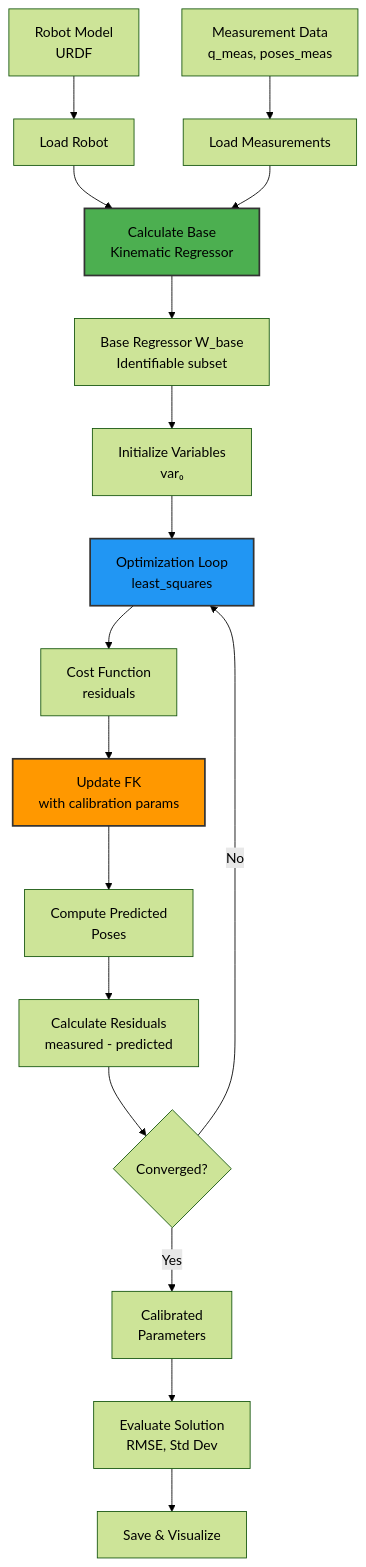
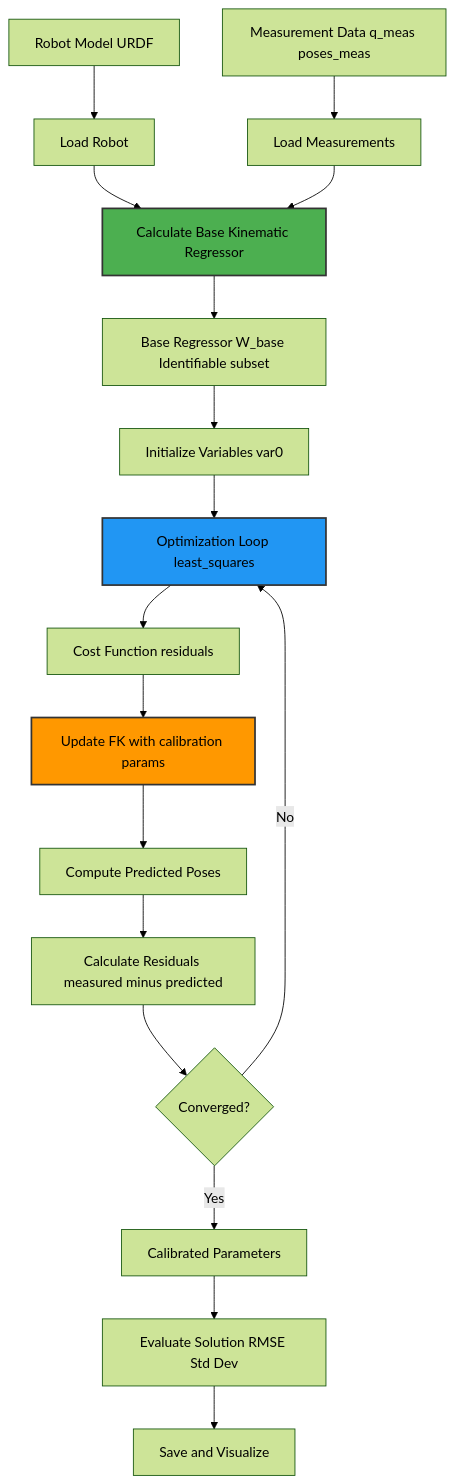
Before and after one commit to thanhndv212/figaroh-plus: the sixth of 6 diagrams in ARCHITECTURE.md, drawn with Mermaid (forest theme). The commit also changed other lines of this file, not shown here.

Commit message:
docs: Enhance architecture documentation with detailed diagrams and workflow descriptions

````diff
--- a/ARCHITECTURE.md
+++ b/ARCHITECTURE.md
@@ -700,34 +855,34 @@
 ```mermaid
 flowchart TD
-    A[Robot Model<br/>URDF] --> B[Load Robot]
-    C[Measurement Data<br/>q_meas, poses_meas] --> D[Load Measurements]
+    A[Robot Model URDF] --> B[Load Robot]
+    C[Measurement Data q_meas poses_meas] --> D[Load Measurements]
     
-    B --> E[Calculate Base<br/>Kinematic Regressor]
+    B --> E[Calculate Base Kinematic Regressor]
     D --> E
     
-    E --> F[Base Regressor W_base<br/>Identifiable subset]
+    E --> F[Base Regressor W_base Identifiable subset]
     
-    F --> G[Initialize Variables<br/>var₀]
+    F --> G[Initialize Variables var0]
     
-    G --> H[Optimization Loop<br/>least_squares]
+    G --> H[Optimization Loop least_squares]
     
-    H --> I[Cost Function<br/>residuals]
+    H --> I[Cost Function residuals]
     
-    I --> J[Update FK<br/>with calibration params]
+    I --> J[Update FK with calibration params]
     
-    J --> K[Compute Predicted<br/>Poses]
+    J --> K[Compute Predicted Poses]
     
-    K --> L[Calculate Residuals<br/>measured - predicted]
+    K --> L[Calculate Residuals measured minus predicted]
     
     L --> M{Converged?}
     M -->|No| H
-    M -->|Yes| N[Calibrated<br/>Parameters]
+    M -->|Yes| N[Calibrated Parameters]
     
-    N --> O[Evaluate Solution<br/>RMSE, Std Dev]
+    N --> O[Evaluate Solution RMSE Std Dev]
     
-    O --> P[Save & Visualize]
+    O --> P[Save and Visualize]
     
     style E fill:#4caf50,stroke:#333,stroke-width:2px
     style H fill:#2196f3,stroke:#333,stroke-width:2px
     style J fill:#ff9800,stroke:#333,stroke-width:2px
 ```
````
